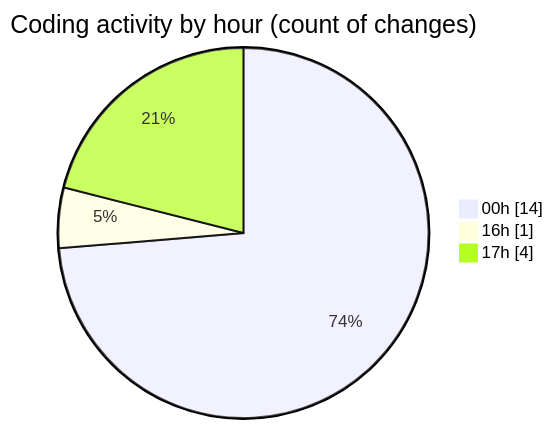
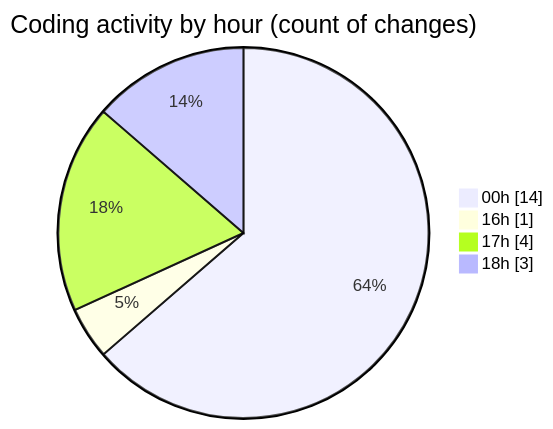
One commit to Elitesun/code-tracking changed the second of 2 diagrams in 2025-03-09/elitesgpt/README.md. Above: the diagram before and after it, drawn with Mermaid. The commit also changed other lines of this file and 1 other file, not shown here.

````diff
--- a/2025-03-09/elitesgpt/README.md
+++ b/2025-03-09/elitesgpt/README.md
@@ -37,7 +38,8 @@
 ```mermaid
 pie showData
 title Coding activity by hour (count of changes)
 "00h" : 14
 "16h" : 1
 "17h" : 4
+"18h" : 3
 ```
````
